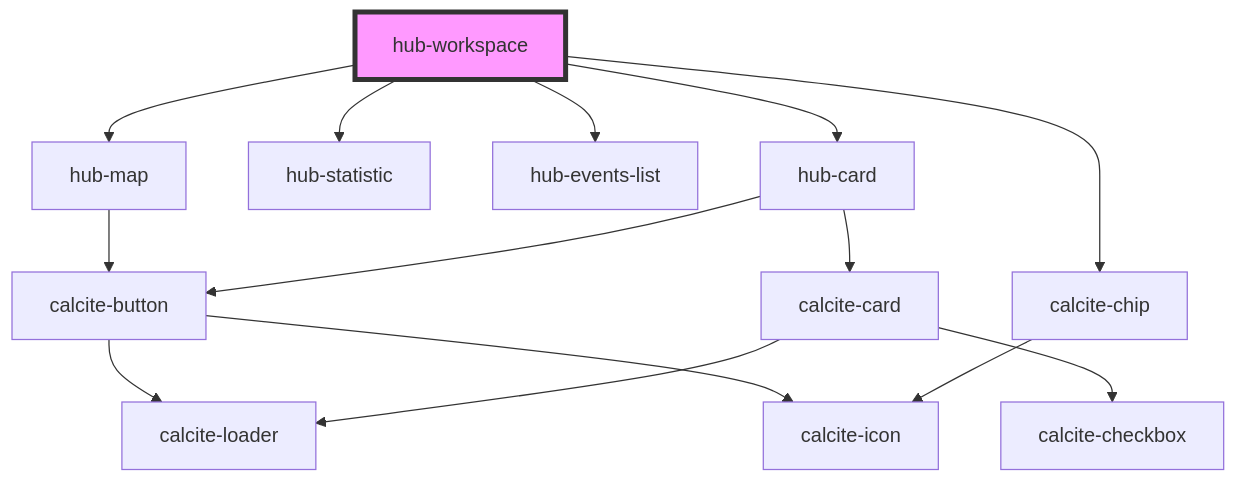
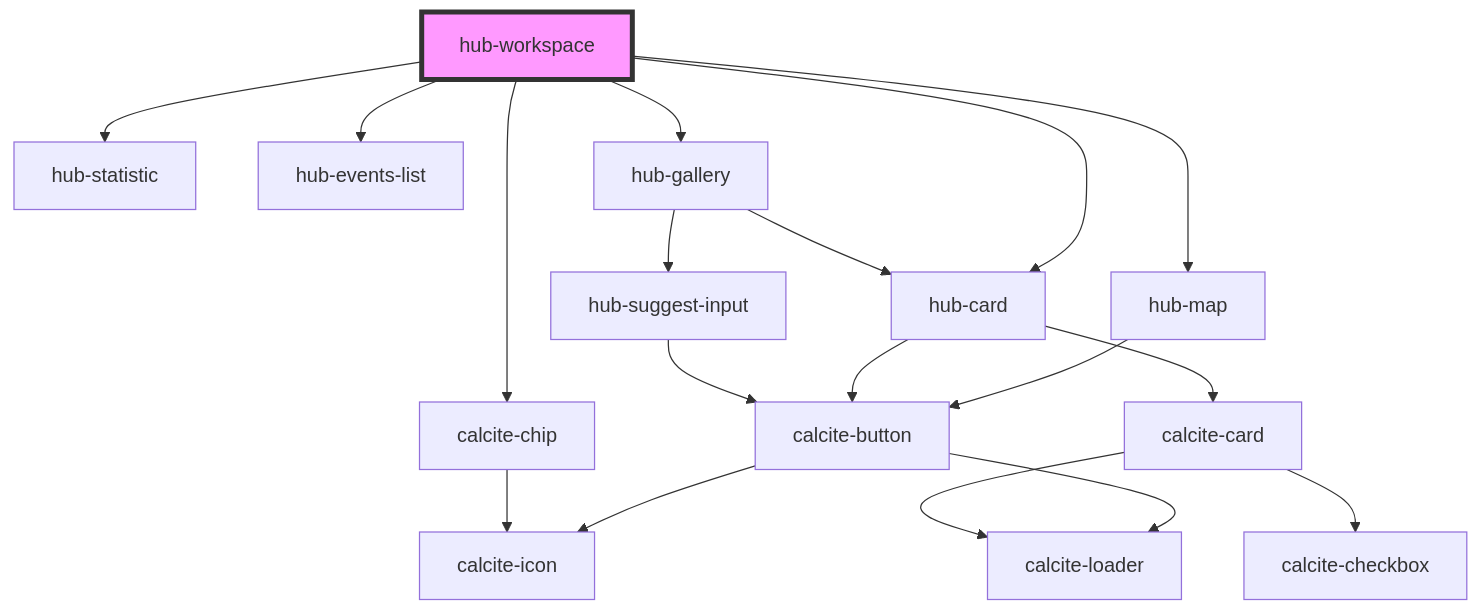
One commit to esridc/hub-components-experiments changed the diagram in src/components/hub-workspace/readme.md. Above: the diagram before and after it, drawn with Mermaid. The commit also changed other lines of this file and 16 other files, not shown here.

````diff
--- a/src/components/hub-workspace/readme.md
+++ b/src/components/hub-workspace/readme.md
@@ -26,17 +27,21 @@
 ```mermaid
 graph TD;
   hub-workspace --> hub-map
   hub-workspace --> hub-statistic
   hub-workspace --> calcite-chip
   hub-workspace --> hub-events-list
   hub-workspace --> hub-card
+  hub-workspace --> hub-gallery
   hub-map --> calcite-button
   calcite-button --> calcite-loader
   calcite-button --> calcite-icon
   calcite-chip --> calcite-icon
   hub-card --> calcite-button
   hub-card --> calcite-card
   calcite-card --> calcite-loader
   calcite-card --> calcite-checkbox
+  hub-gallery --> hub-card
+  hub-gallery --> hub-suggest-input
+  hub-suggest-input --> calcite-button
   style hub-workspace fill:#f9f,stroke:#333,stroke-width:4px
 ```
````
